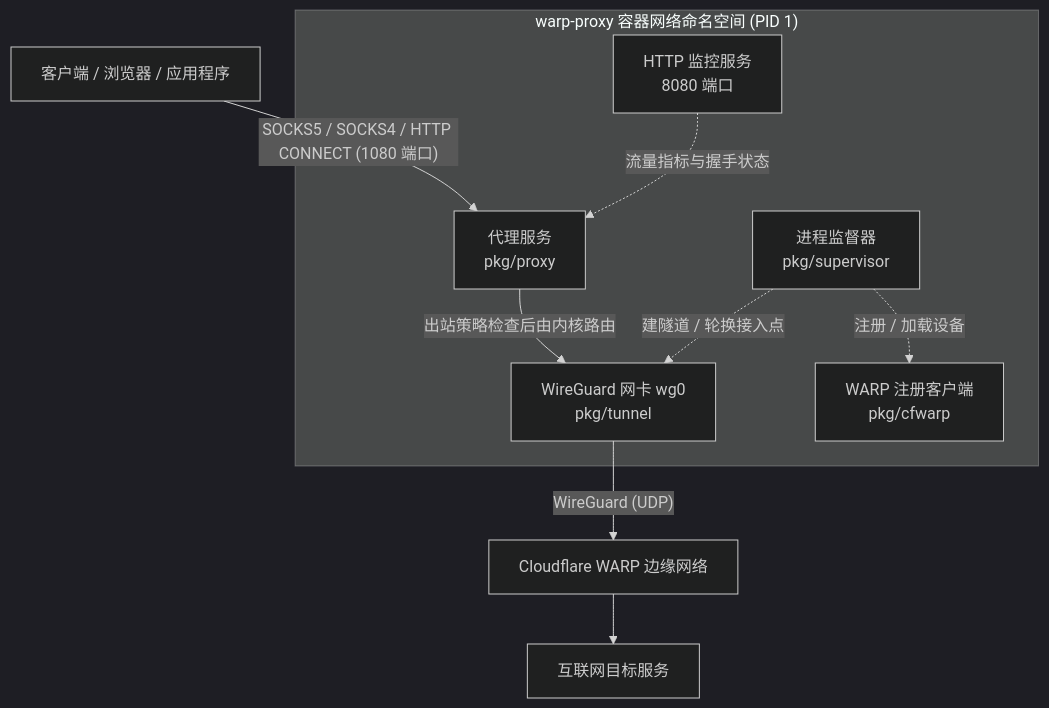
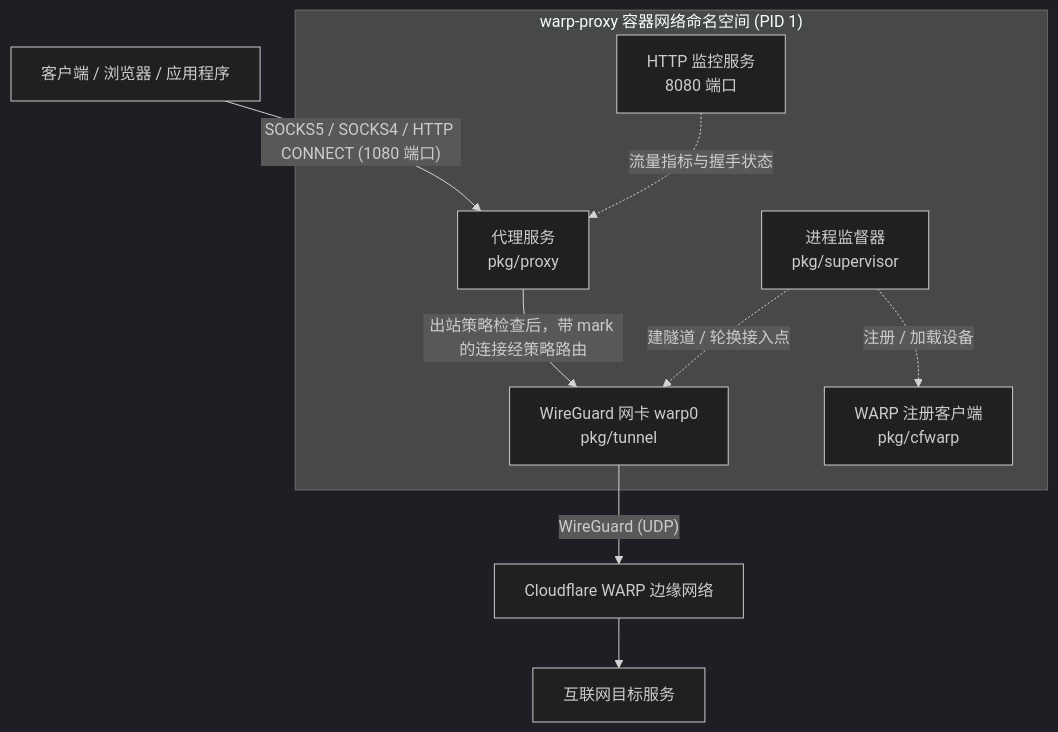
One commit to riba2534/warp-proxy changed the diagram in README.md. Above: the diagram before and after it, drawn with Mermaid (dark theme). The commit also changed other lines of this file and 2 other files, not shown here.

````diff
--- a/README.md
+++ b/README.md
@@ -56,14 +56,14 @@
 ```mermaid
 flowchart TD
     Client["客户端 / 浏览器 / 应用程序"] -->|"SOCKS5 / SOCKS4 / HTTP CONNECT (1080 端口)"| Proxy["代理服务<br/>pkg/proxy"]
 
     subgraph Container ["warp-proxy 容器网络命名空间 (PID 1)"]
-        Proxy -->|"出站策略检查后由内核路由"| WG["WireGuard 网卡 wg0<br/>pkg/tunnel"]
+        Proxy -->|"出站策略检查后，带 mark 的连接经策略路由"| WG["WireGuard 网卡 warp0<br/>pkg/tunnel"]
         Supervisor["进程监督器<br/>pkg/supervisor"] -.->|"注册 / 加载设备"| Reg["WARP 注册客户端<br/>pkg/cfwarp"]
         Supervisor -.->|"建隧道 / 轮换接入点"| WG
         HealthSrv["HTTP 监控服务<br/>8080 端口"] -.->|"流量指标与握手状态"| Proxy
     end
 
     WG -->|"WireGuard (UDP)"| CF["Cloudflare WARP 边缘网络"]
     CF --> Target["互联网目标服务"]
 ```
````
